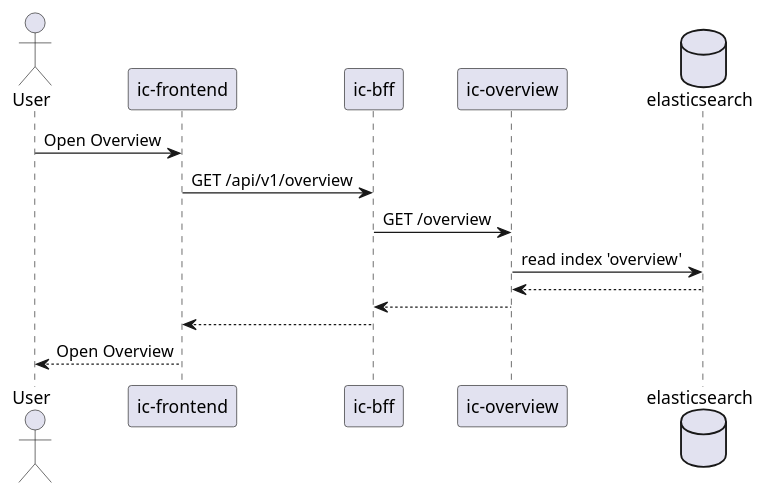
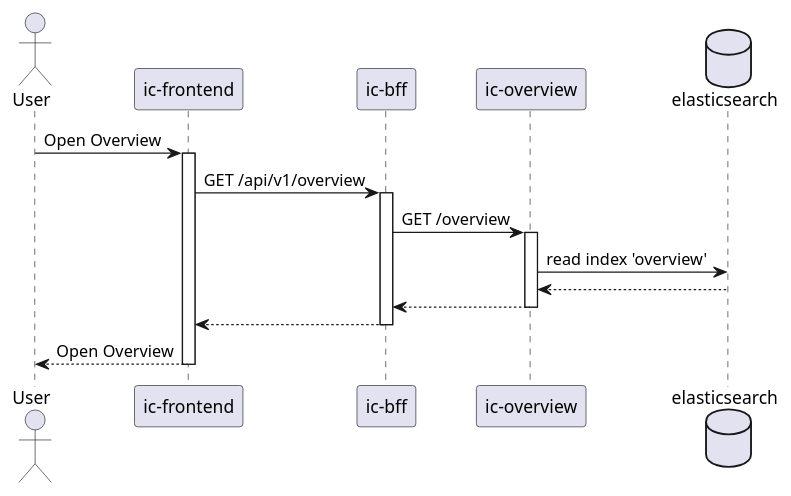
The diagram in src/site/diagrams/read_overview.puml (mhaspra/ic-architecture), drawn with PlantUML before and after one commit. The commit also changed 2 other files, not shown here.

Commit message:
Add activate/deacivate to sequence diagrams

```diff
--- a/src/site/diagrams/read_overview.puml
+++ b/src/site/diagrams/read_overview.puml
@@ -1,17 +1,23 @@
 @startuml
 
 actor "User" as u
 participant "ic-frontend" as icf
 participant "ic-bff" as icb
 participant "ic-overview" as ico
 database "elasticsearch" as es
 
 u -> icf: Open Overview
+activate icf
 icf -> icb: GET /api/v1/overview
+activate icb
 icb -> ico: GET /overview
+activate ico
 ico -> es: read index 'overview'
 es --> ico
 ico --> icb
+deactivate ico
 icb --> icf
+deactivate icb
 icf --> u: Open Overview
+deactivate icf
 @enduml
```
